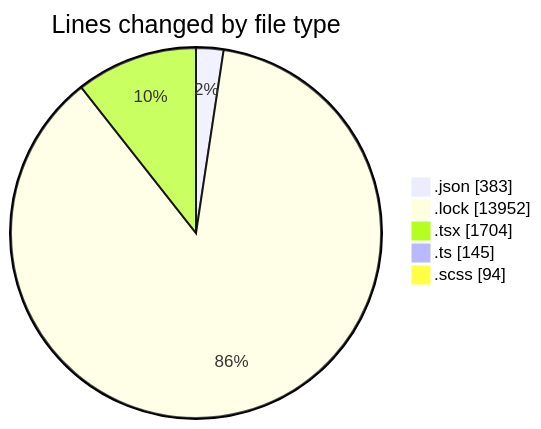
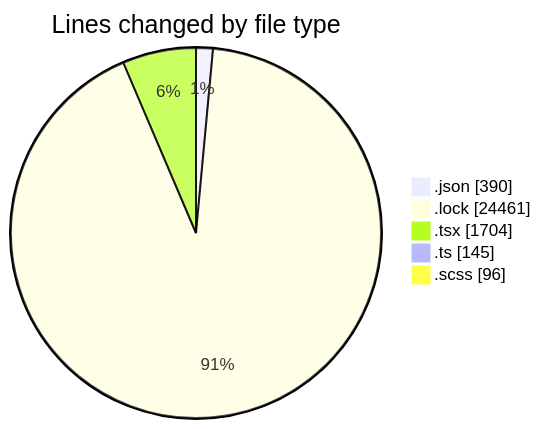
Before and after one commit to momahboobian/code-tracking: the first of 2 diagrams in 2026-05-14/cda/README.md, drawn with Mermaid. The commit also changed other lines of this file and 1 other file, not shown here.

````diff
--- a/2026-05-14/cda/README.md
+++ b/2026-05-14/cda/README.md
@@ -34,9 +35,9 @@
 ```mermaid
 pie showData
 title Lines changed by file type
-".json" : 383
-".lock" : 13952
+".json" : 390
+".lock" : 24461
 ".tsx" : 1704
 ".ts" : 145
-".scss" : 94
+".scss" : 96
 ```
````
